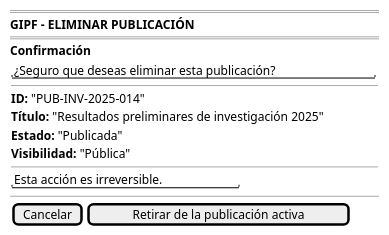
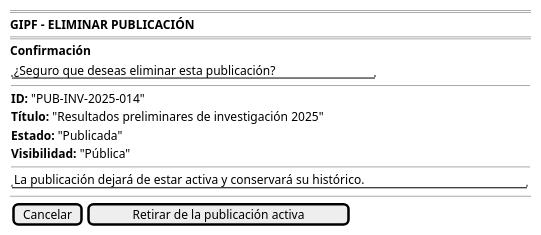
The diagram in modelosUML/RUP/00-casos-uso/02-detalle/prototipado/investigador/eliminarPublicacion/prototipo.puml (beatriizorozco/25-26-idsw2-sdVC), drawn with PlantUML before and after one commit. The commit also changed 44 other files, not shown here.

```diff
--- a/modelosUML/RUP/00-casos-uso/02-detalle/prototipado/investigador/eliminarPublicacion/prototipo.puml
+++ b/modelosUML/RUP/00-casos-uso/02-detalle/prototipado/investigador/eliminarPublicacion/prototipo.puml
@@ -1,25 +1,25 @@
 @startsalt eliminarPublicacion-wireframe
 {
     ====
     <b>GIPF - ELIMINAR PUBLICACIÓN</b>
     ====
 
     <b>Confirmación</b>
     {
         "¿Seguro que deseas eliminar esta publicación?"
 
         --
         <b>ID:</b> "PUB-INV-2025-014"
         <b>Título:</b> "Resultados preliminares de investigación 2025"
         <b>Estado:</b> "Publicada"
         <b>Visibilidad:</b> "Pública"
 
         --
-        "Esta acción es irreversible."
+        "La publicación dejará de estar activa y conservará su histórico."
     }
 
     --
 
     { [Cancelar] | [Retirar de la publicación activa] }
 }
 @endsalt
```
